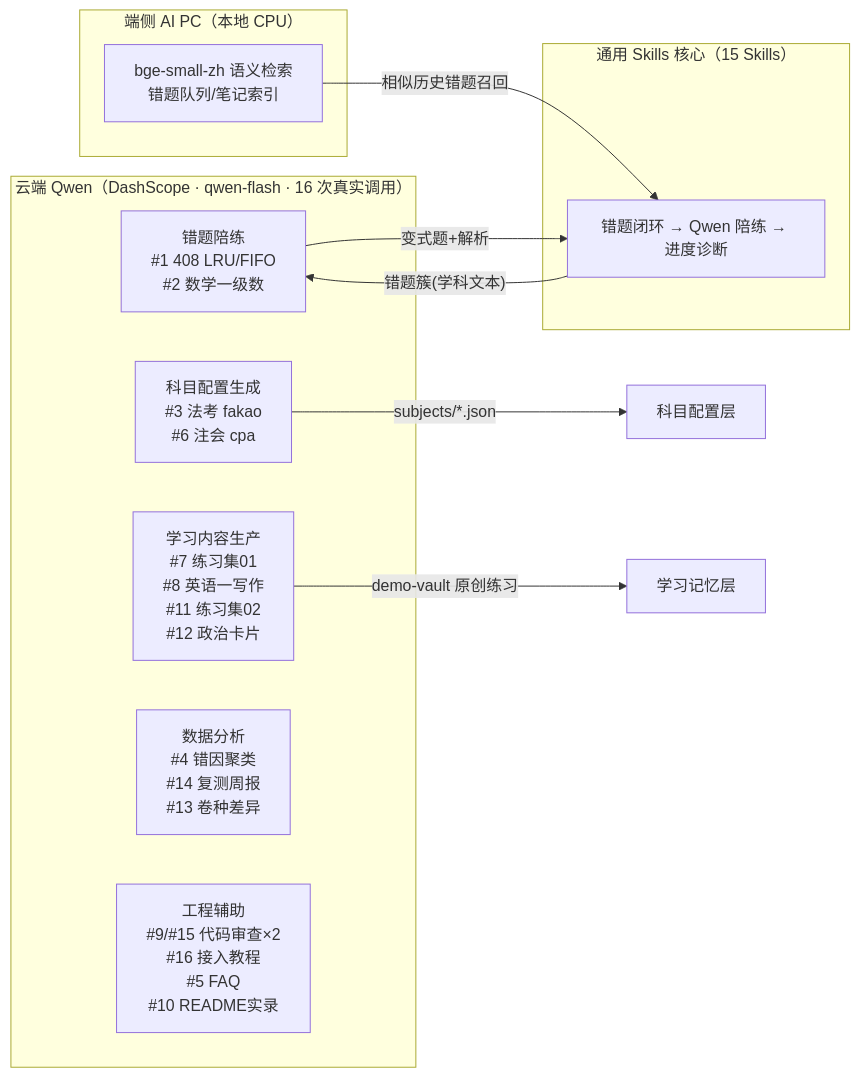
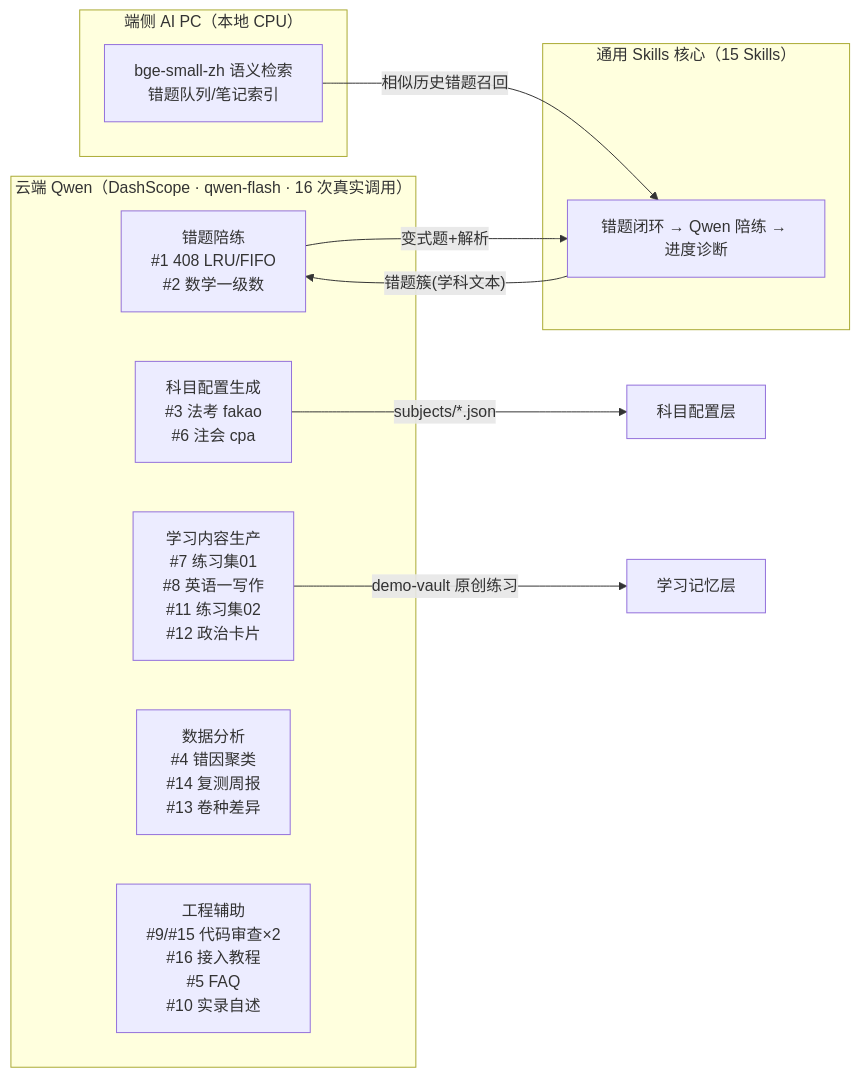
The diagram in docs/competition/千问链路全景.md (yq6666-66/study-copilot-skills), drawn with Mermaid before and after one commit. The commit also changed other lines of this file and 6 other files, not shown here.

````diff
--- a/docs/competition/千问链路全景.md
+++ b/docs/competition/千问链路全景.md
@@ -5,21 +5,21 @@
 ```mermaid
 flowchart LR
     subgraph cloud["云端 Qwen（DashScope · qwen-flash · 16 次真实调用）"]
         A["错题陪练<br/>#1 408 LRU/FIFO<br/>#2 数学一级数"]
         B["科目配置生成<br/>#3 法考 fakao<br/>#6 注会 cpa"]
         C["学习内容生产<br/>#7 练习集01<br/>#8 英语一写作<br/>#11 练习集02<br/>#12 政治卡片"]
         D["数据分析<br/>#4 错因聚类<br/>#14 复测周报<br/>#13 卷种差异"]
-        E["工程辅助<br/>#9/#15 代码审查×2<br/>#16 接入教程<br/>#5 FAQ<br/>#10 README实录"]
+        E["工程辅助<br/>#9/#15 代码审查×2<br/>#16 接入教程<br/>#5 FAQ<br/>#10 实录自述"]
     end
     subgraph edge["端侧 AI PC（本地 CPU）"]
         F["bge-small-zh 语义检索<br/>错题队列/笔记索引"]
     end
     subgraph core["通用 Skills 核心（15 Skills）"]
         G["错题闭环 → Qwen 陪练 → 进度诊断"]
     end
     G -->|"错题簇(学科文本)"| A
     A -->|"变式题+解析"| G
     F -->|"相似历史错题召回"| G
     B -->|"subjects/*.json"| H["科目配置层"]
     C -->|"demo-vault 原创练习"| I["学习记忆层"]
 ```
````
